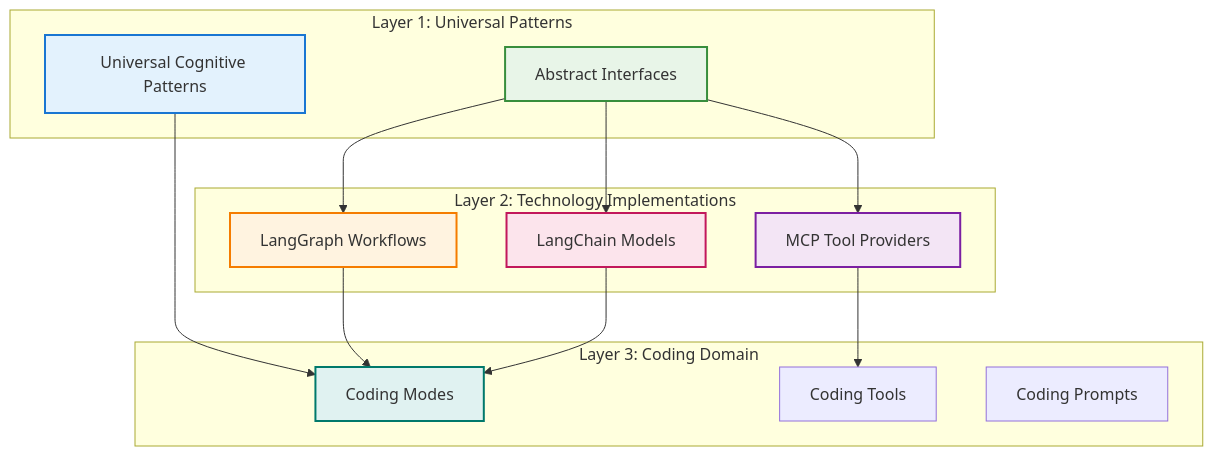
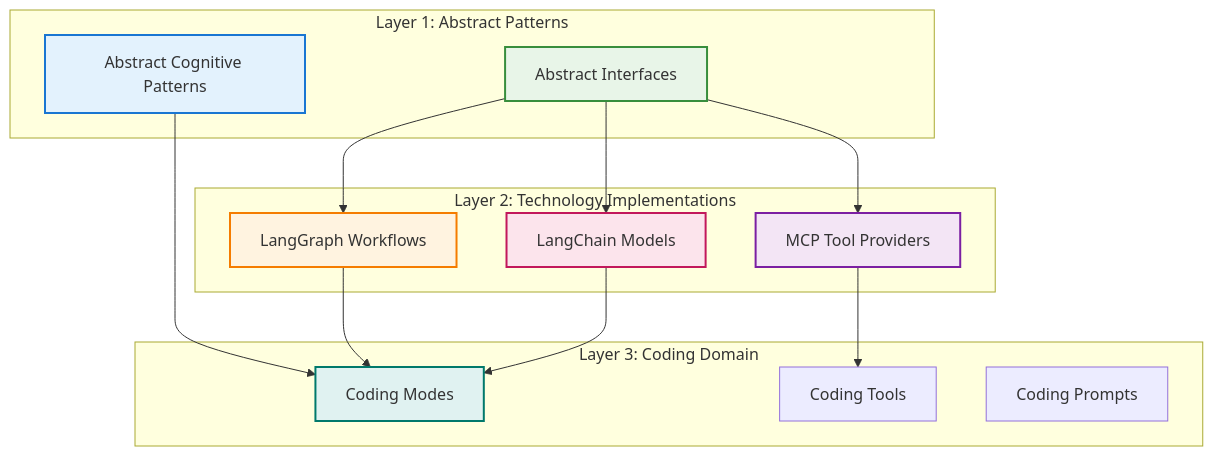
One commit to zhifengzhang-sz/qi-v2-agent changed the first of 2 diagrams in docs/agents/agent.coder.md. Above: the diagram before and after it, drawn with Mermaid. The commit also changed other lines of this file and 58 other files, not shown here.

````diff
--- a/docs/agents/agent.coder.md
+++ b/docs/agents/agent.coder.md
@@ -9,34 +9,34 @@
 ```mermaid
 graph TB
-    subgraph "Layer 1: Universal Patterns"
-        UP[Universal Cognitive Patterns]
+    subgraph "Layer 1: Abstract Patterns"
+        UP[Abstract Cognitive Patterns]
         AI[Abstract Interfaces]
     end
     
     subgraph "Layer 2: Technology Implementations"
         LG[LangGraph Workflows]
         LC[LangChain Models]
         MCP[MCP Tool Providers]
     end
     
     subgraph "Layer 3: Coding Domain"
         CM[Coding Modes]
         CT[Coding Tools]
         CP[Coding Prompts]
     end
     
     UP --> CM
     AI --> LG
     AI --> LC
     AI --> MCP
     LG --> CM
     LC --> CM
     MCP --> CT
     
     style UP fill:#e3f2fd,stroke:#1976d2,stroke-width:2px
     style AI fill:#e8f5e8,stroke:#388e3c,stroke-width:2px
     style LG fill:#fff3e0,stroke:#f57c00,stroke-width:2px
     style LC fill:#fce4ec,stroke:#c2185b,stroke-width:2px
     style MCP fill:#f3e5f5,stroke:#7b1fa2,stroke-width:2px
     style CM fill:#e0f2f1,stroke:#00796b,stroke-width:2px
 ```
````
